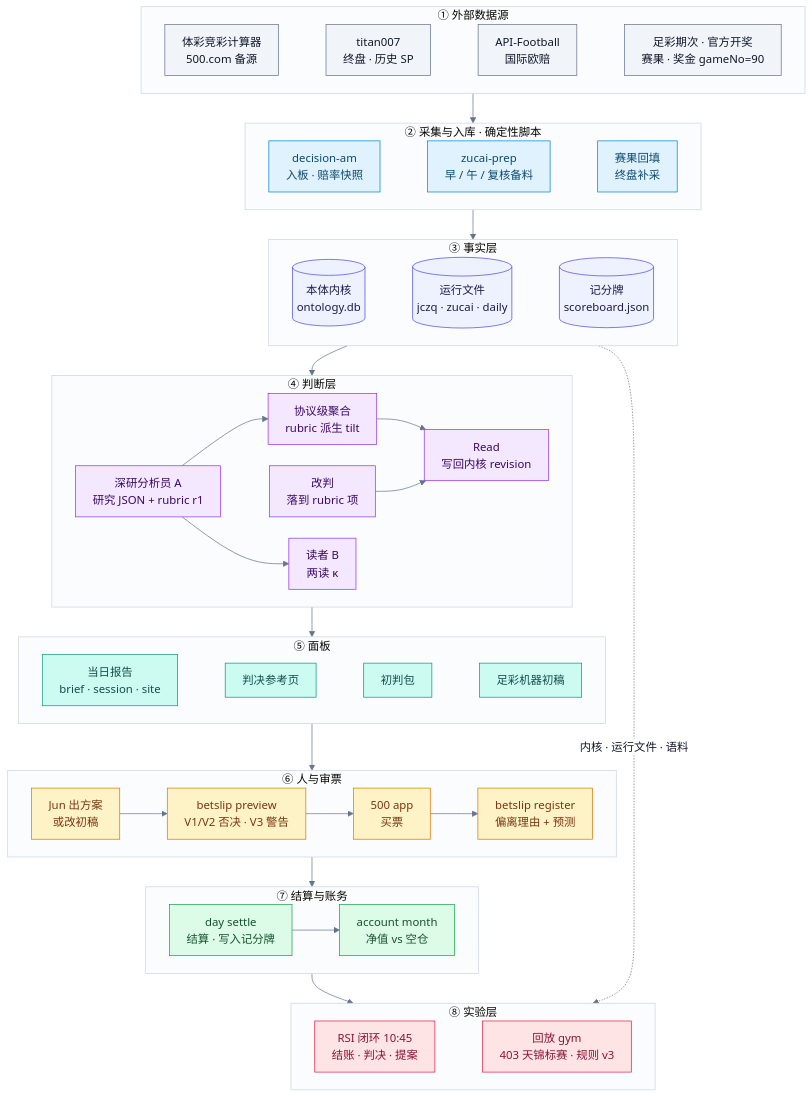
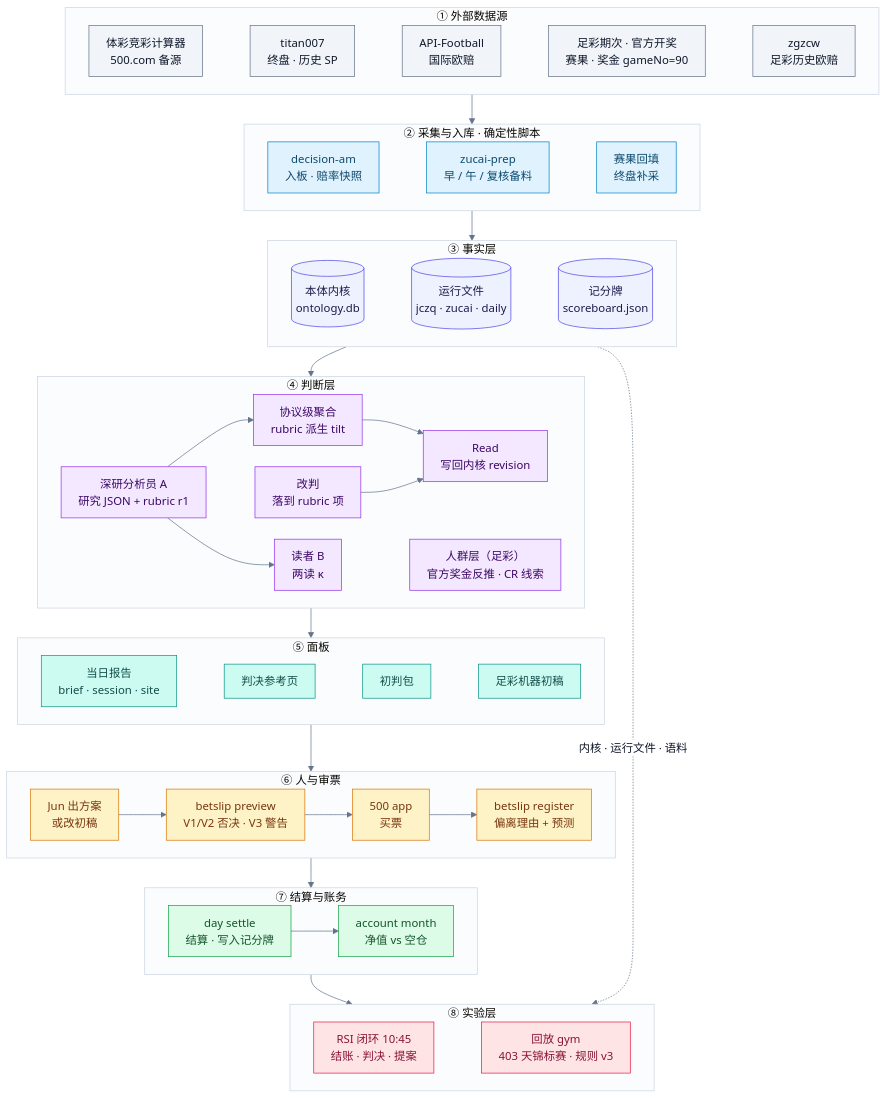
Before and after one commit to Jerenus/Nutmeg: the first of 11 diagrams in docs/ARCHITECTURE.md, drawn with Mermaid. The commit also changed other lines of this file and 2 other files, not shown here.

First line of the commit message:
docs: crowd layer — RUNBOOK lane B (B1c/B5d/B10c), RULEBOOK §10, ARCHITECTURE v1.3 (§3.4 + figure 6, overview, timers, experiments, files, glossary)

````diff
--- a/docs/ARCHITECTURE.md
+++ b/docs/ARCHITECTURE.md
@@ -69,57 +69,58 @@
 ```mermaid
 %%{init: {"theme": "base", "themeVariables": {"fontSize": "16px", "lineColor": "#64748B", "clusterBkg": "#FBFCFE", "clusterBorder": "#CBD5E1", "edgeLabelBackground": "#FFFFFF", "primaryTextColor": "#0F172A"}, "flowchart": {"curve": "basis", "padding": 12, "nodeSpacing": 30, "rankSpacing": 42}}}%%
 flowchart TB
   subgraph SRC["① 外部数据源"]
     direction LR
-    S1["体彩竞彩计算器<br/>500.com 备源"] ~~~ S2["titan007<br/>终盘 · 历史 SP"] ~~~ S3["API-Football<br/>国际欧赔"] ~~~ S4["足彩期次 · 官方开奖<br/>赛果 · 奖金 gameNo=90"]
+    S1["体彩竞彩计算器<br/>500.com 备源"] ~~~ S2["titan007<br/>终盘 · 历史 SP"] ~~~ S3["API-Football<br/>国际欧赔"] ~~~ S4["足彩期次 · 官方开奖<br/>赛果 · 奖金 gameNo=90"] ~~~ S5["zgzcw<br/>足彩历史欧赔"]
   end
   subgraph ING["② 采集与入库 · 确定性脚本"]
     direction LR
     I1["decision-am<br/>入板 · 赔率快照"] ~~~ I2["zucai-prep<br/>早 / 午 / 复核备料"] ~~~ I3["赛果回填<br/>终盘补采"]
   end
   subgraph CORE["③ 事实层"]
     direction LR
     K[("本体内核<br/>ontology.db")] ~~~ F[("运行文件<br/>jczq · zucai · daily")] ~~~ SB[("记分牌<br/>scoreboard.json")]
   end
   subgraph JUD["④ 判断层"]
     direction LR
     R1["深研分析员 A<br/>研究 JSON + rubric r1"] --> R2["协议级聚合<br/>rubric 派生 tilt"] --> R3["Read<br/>写回内核 revision"]
     OV["改判<br/>落到 rubric 项"] --> R3
     R1 --> RB["读者 B<br/>两读 κ"]
+    CW["人群层（足彩）<br/>官方奖金反推 · CR 线索"]
   end
   subgraph OUT["⑤ 面板"]
     direction LR
     P1["当日报告<br/>brief · session · site"] ~~~ P2["判决参考页"] ~~~ P3["初判包"] ~~~ P4["足彩机器初稿"]
   end
   subgraph HUM["⑥ 人与审票"]
     direction LR
     H1["Jun 出方案<br/>或改初稿"] --> T1["betslip preview<br/>V1/V2 否决 · V3 警告"] --> H2["500 app<br/>买票"] --> T2["betslip register<br/>偏离理由 + 预测"]
   end
   subgraph ACC["⑦ 结算与账务"]
     direction LR
     T3["day settle<br/>结算 · 写入记分牌"] --> T4["account month<br/>净值 vs 空仓"]
   end
   subgraph EXP["⑧ 实验层"]
     direction LR
     E1["RSI 闭环 10:45<br/>结账 · 判决 · 提案"] ~~~ E3["回放 gym<br/>403 天锦标赛 · 规则 v3"]
   end
   SRC --> ING --> CORE --> JUD --> OUT --> HUM --> ACC --> EXP
   CORE -.->|"内核 · 运行文件 · 语料"| EXP
 
   classDef src fill:#F1F5F9,stroke:#64748B,color:#0F172A
   classDef ing fill:#E0F2FE,stroke:#0284C7,color:#0C4A6E
   classDef store fill:#EEF2FF,stroke:#4F46E5,color:#1E1B4B
   classDef jud fill:#F3E8FF,stroke:#9333EA,color:#3B0764
   classDef out fill:#CCFBF1,stroke:#0D9488,color:#134E4A
   classDef hum fill:#FEF3C7,stroke:#D97706,color:#78350F
   classDef acc fill:#DCFCE7,stroke:#16A34A,color:#14532D
   classDef exp fill:#FFE4E6,stroke:#E11D48,color:#881337
-  class S1,S2,S3,S4 src
+  class S1,S2,S3,S4,S5 src
   class I1,I2,I3 ing
   class K,F,SB store
-  class R1,R2,R3,OV,RB jud
+  class R1,R2,R3,OV,RB,CW jud
   class P1,P2,P3,P4 out
   class H1,T1,H2,T2 hum
   class T3,T4 acc
   class E1,E3 exp
 ```
````
